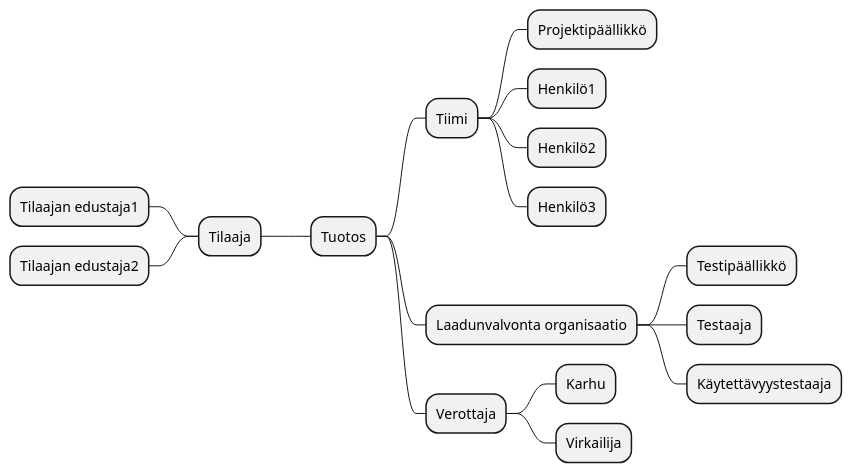
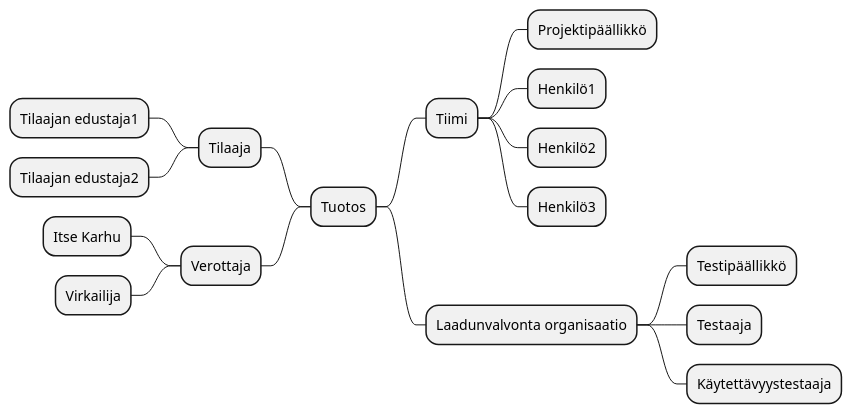
Before and after one commit to ninaleo/ransut-core: the first of 2 diagrams in dokumentit/10-Projektihallinta/projektisuunnitelma.md, drawn with PlantUML.

````diff
--- a/dokumentit/10-Projektihallinta/projektisuunnitelma.md
+++ b/dokumentit/10-Projektihallinta/projektisuunnitelma.md
@@ -89,21 +89,21 @@
 ```plantuml
 @startmindmap
 + Tuotos
 ++ Tiimi
 +++ Projektipäällikkö
 +++ Henkilö1
 +++ Henkilö2
 +++ Henkilö3
 -- Tilaaja
 --- Tilaajan edustaja1
 --- Tilaajan edustaja2
 ++ Laadunvalvonta organisaatio
 +++ Testipäällikkö
 +++ Testaaja
 +++ Käytettävyystestaaja
-++ Verottaja
-+++ Karhu
-+++ Virkailija
+-- Verottaja
+--- Itse Karhu
+--- Virkailija
 
 @endmindmap
 ```
````
